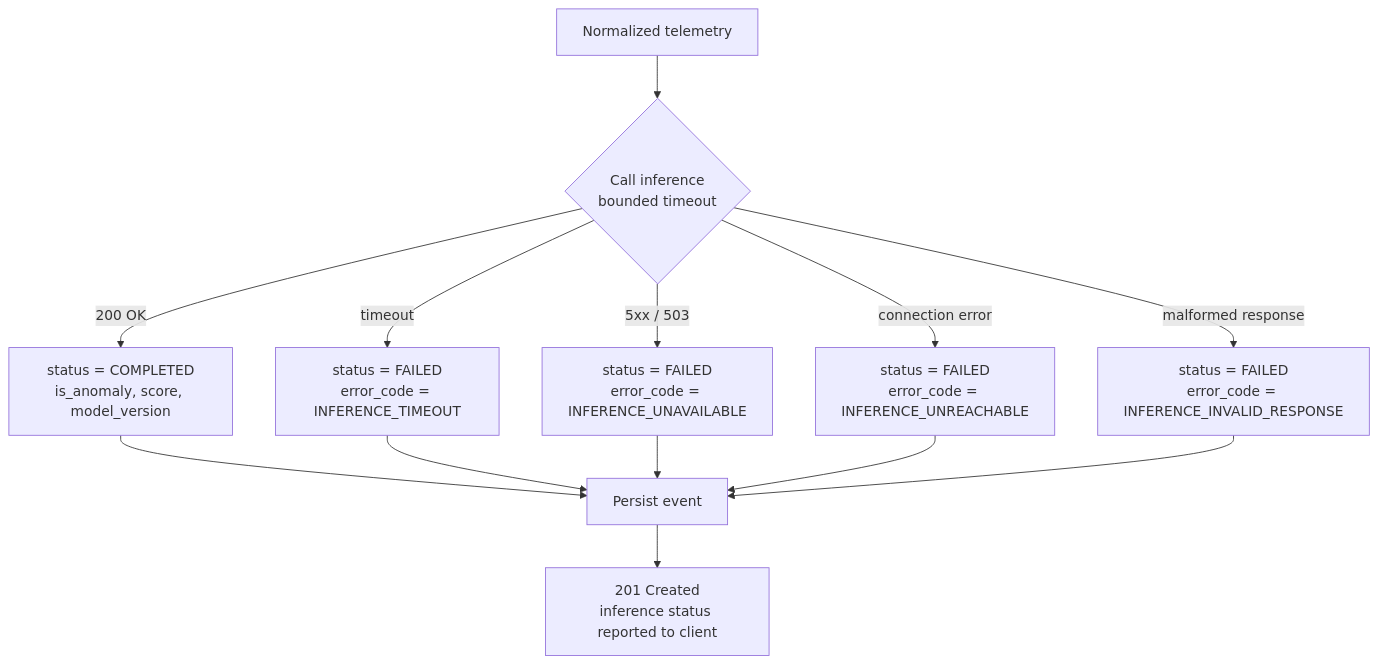
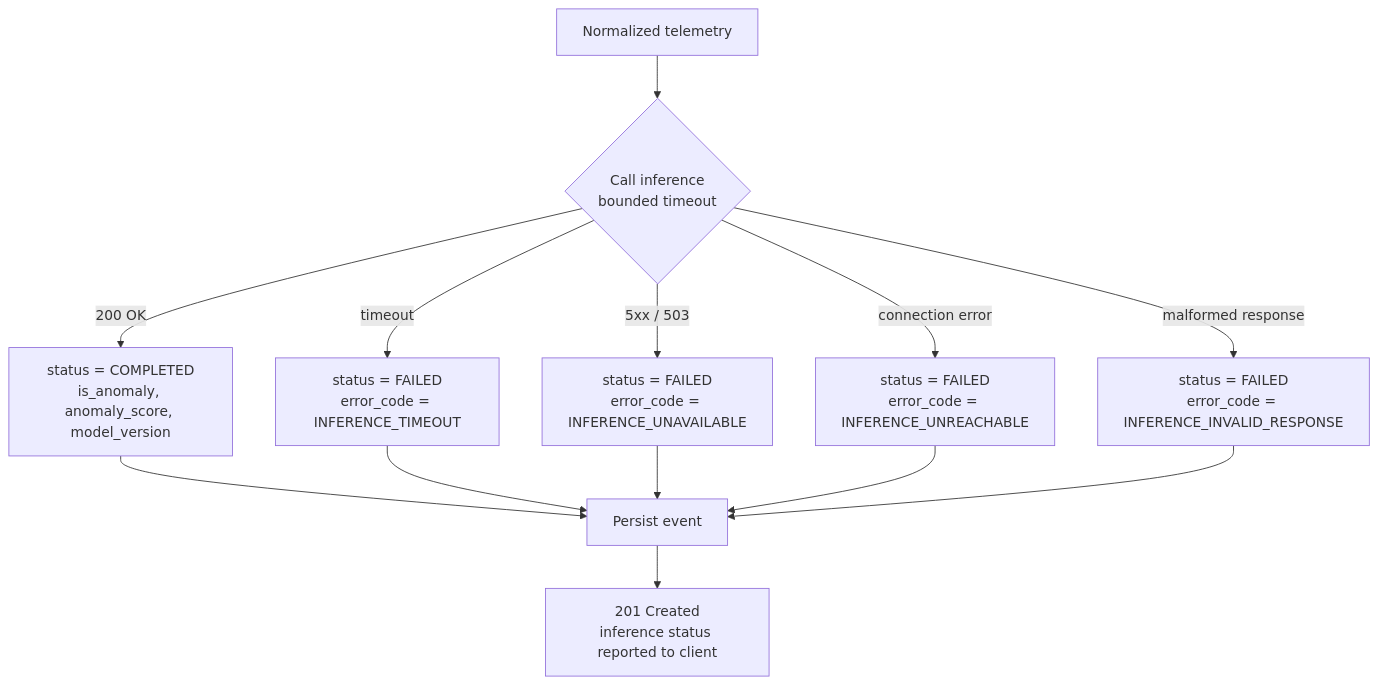
Before and after one commit to OwlRobert/fleet-ai-anomaly-detection-system: the fourth of 5 diagrams in docs/ARCHITECTURE.md, drawn with Mermaid. The commit also changed other lines of this file and 53 other files, not shown here.

````diff
--- a/docs/ARCHITECTURE.md
+++ b/docs/ARCHITECTURE.md
@@ -796,15 +816,15 @@
 ```mermaid
 flowchart TD
     A["Normalized telemetry"] --> B{"Call inference<br/>bounded timeout"}
-    B -->|"200 OK"| C["status = COMPLETED<br/>is_anomaly, score, model_version"]
+    B -->|"200 OK"| C["status = COMPLETED<br/>is_anomaly, anomaly_score, model_version"]
     B -->|"timeout"| D["status = FAILED<br/>error_code = INFERENCE_TIMEOUT"]
     B -->|"5xx / 503"| E["status = FAILED<br/>error_code = INFERENCE_UNAVAILABLE"]
     B -->|"connection error"| F["status = FAILED<br/>error_code = INFERENCE_UNREACHABLE"]
     B -->|"malformed response"| G["status = FAILED<br/>error_code = INFERENCE_INVALID_RESPONSE"]
     C --> H["Persist event"]
     D --> H
     E --> H
     F --> H
     G --> H
     H --> I["201 Created<br/>inference status reported to client"]
 ```
````
